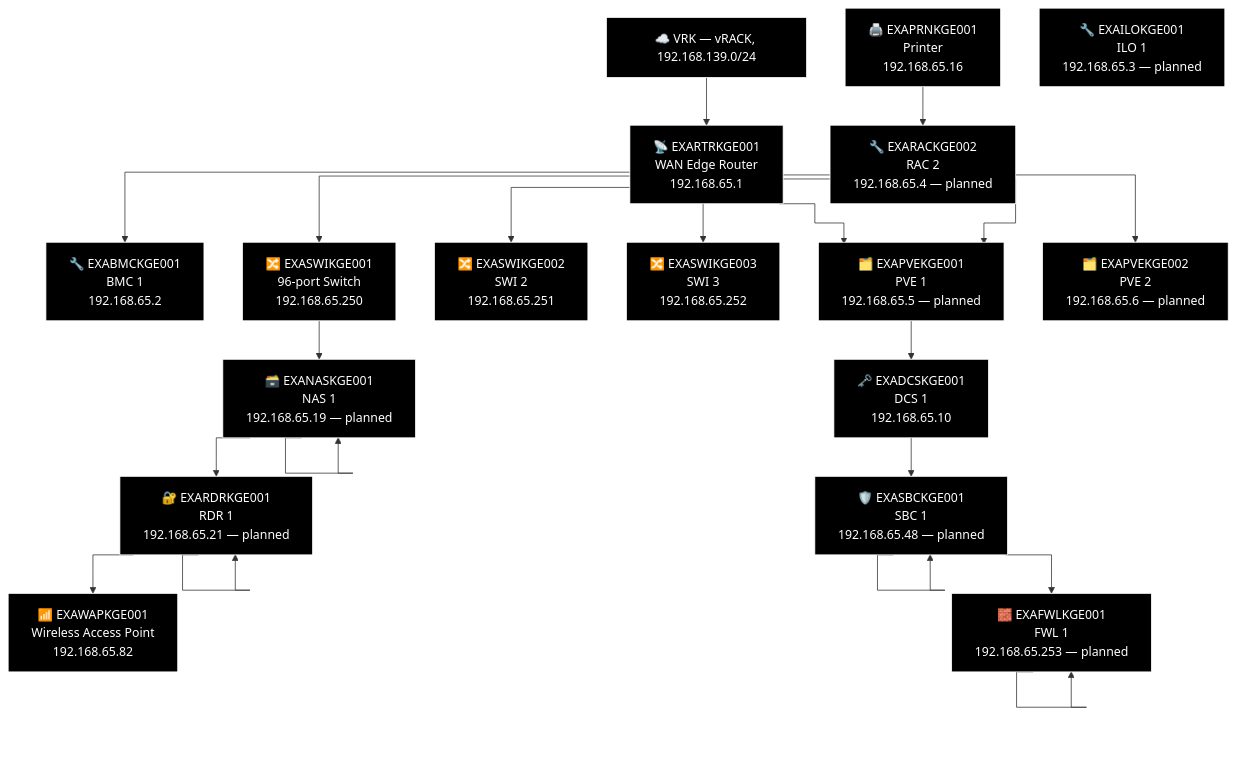
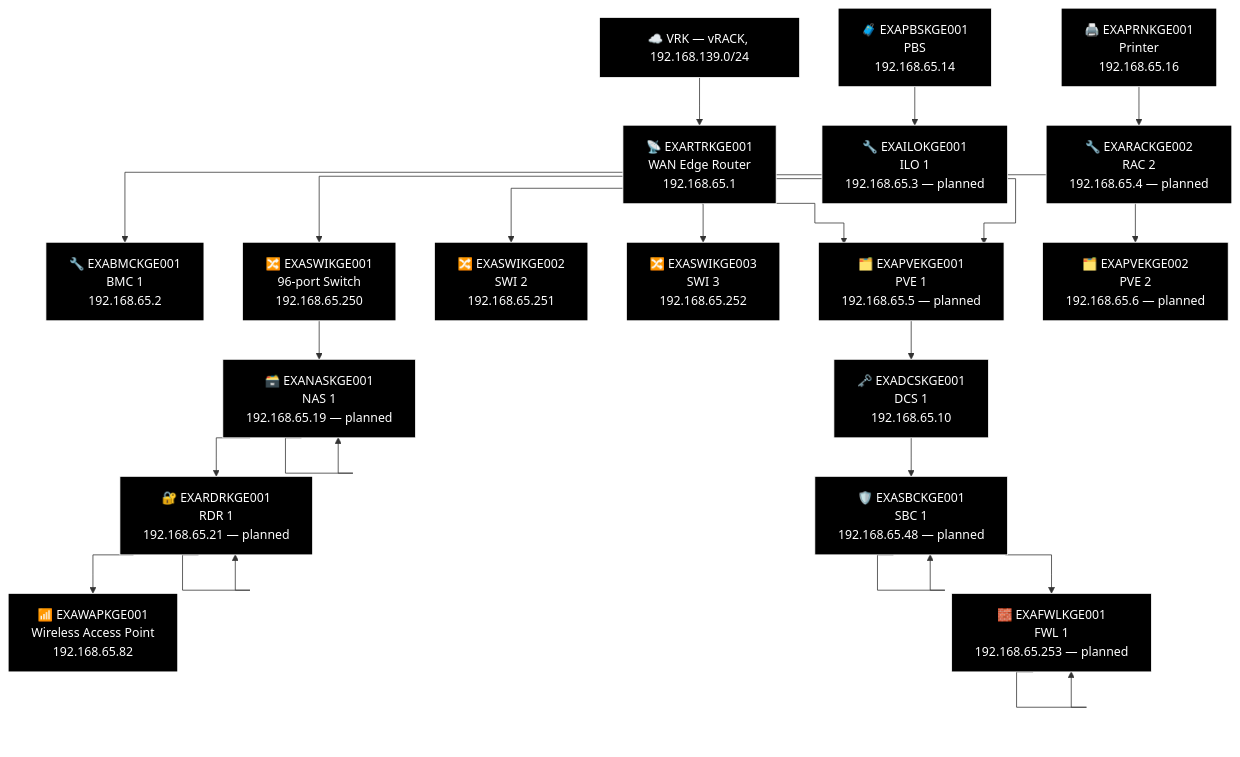
One commit to knightmare2600/example_music_infra changed the eighth of 23 diagrams in docs/network-diagram/danmark.md. Above: the diagram before and after it, drawn with Mermaid. The commit also changed other lines of this file and 14 other files, not shown here.

First line of the commit message:
docs/network-diagram: regenerate, every site was missing its PBS node

````diff
--- a/docs/network-diagram/danmark.md
+++ b/docs/network-diagram/danmark.md
@@ -431,61 +435,64 @@
 ```mermaid
 %% GENERATED:TOPOLOGY:KGE:START
 %%{init: {'flowchart': {'curve': 'stepAfter'}}}%%
 graph TD
     T_VRK["☁️ VRK — vRACK, 192.168.139.0/24"]
     T_RTR["📡 EXARTRKGE001<br/>WAN Edge Router<br/>192.168.65.1"]
     T_VRK --> T_RTR
     T_BMC["🔧 EXABMCKGE001<br/>BMC 1<br/>192.168.65.2"]
     T_RTR --> T_BMC
     T_PVE["🗂️ EXAPVEKGE001<br/>PVE 1<br/>192.168.65.5"]
     T_RTR --> T_PVE
     T_SWI["🔀 EXASWIKGE002<br/>SWI 2<br/>192.168.65.251"]
     T_RTR --> T_SWI
     T_SWI2["🔀 EXASWIKGE003<br/>SWI 3<br/>192.168.65.252"]
     T_RTR --> T_SWI2
     T_SWI3["🔀 EXASWIKGE001<br/>96-port Switch<br/>192.168.65.250"]
     T_RTR --> T_SWI3
     T_PVE["🗂️ EXAPVEKGE001<br/>PVE 1<br/>192.168.65.5 — planned"]
     T_RTR --> T_PVE
     T_PVE2["🗂️ EXAPVEKGE002<br/>PVE 2<br/>192.168.65.6 — planned"]
     T_RTR --> T_PVE2
     T_NAS["🗃️ EXANASKGE001<br/>NAS<br/>192.168.65.19"]
     T_NAS["🗃️ EXANASKGE001<br/>NAS 1<br/>192.168.65.19 — planned"]
     T_RDR["🔐 EXARDRKGE001<br/>RDR<br/>192.168.65.21"]
     T_RDR["🔐 EXARDRKGE001<br/>RDR 1<br/>192.168.65.21 — planned"]
     T_WAP["📶 EXAWAPKGE001<br/>Wireless Access Point<br/>192.168.65.82"]
     T_SWI3 --> T_NAS --> T_NAS --> T_RDR --> T_RDR --> T_WAP
     T_DCS["🗝️ EXADCSKGE001<br/>DCS 1<br/>192.168.65.10"]
     T_SBC["🛡️ EXASBCKGE001<br/>SBC<br/>192.168.65.48"]
     T_SBC["🛡️ EXASBCKGE001<br/>SBC 1<br/>192.168.65.48 — planned"]
     T_FWL["🧱 EXAFWLKGE001<br/>LAN Face<br/>192.168.65.253"]
     T_FWL["🧱 EXAFWLKGE001<br/>FWL 1<br/>192.168.65.253 — planned"]
     T_PVE --> T_DCS --> T_SBC --> T_SBC --> T_FWL --> T_FWL
+    T_PBS["🧳 EXAPBSKGE001<br/>PBS<br/>192.168.65.14"]
     T_PRN["🖨️ EXAPRNKGE001<br/>Printer<br/>192.168.65.16"]
     T_ILO["🔧 EXAILOKGE001<br/>ILO 1<br/>192.168.65.3 — planned"]
     T_RAC["🔧 EXARACKGE002<br/>RAC 2<br/>192.168.65.4 — planned"]
+    T_PBS --> T_ILO
     T_PRN --> T_RAC
     style T_VRK fill:#000000,stroke:#FFFFFF,color:#FFFFFF
     style T_RTR fill:#000000,stroke:#FFFFFF,color:#FFFFFF
     style T_BMC fill:#000000,stroke:#FFFFFF,color:#FFFFFF
     style T_PVE fill:#000000,stroke:#FFFFFF,color:#FFFFFF
     style T_SWI fill:#000000,stroke:#FFFFFF,color:#FFFFFF
     style T_SWI2 fill:#000000,stroke:#FFFFFF,color:#FFFFFF
     style T_SWI3 fill:#000000,stroke:#FFFFFF,color:#FFFFFF
     style T_PVE fill:#000000,stroke:#FFFFFF,color:#FFFFFF
     style T_PVE2 fill:#000000,stroke:#FFFFFF,color:#FFFFFF
     style T_NAS fill:#000000,stroke:#FFFFFF,color:#FFFFFF
     style T_NAS fill:#000000,stroke:#FFFFFF,color:#FFFFFF
     style T_RDR fill:#000000,stroke:#FFFFFF,color:#FFFFFF
     style T_RDR fill:#000000,stroke:#FFFFFF,color:#FFFFFF
     style T_WAP fill:#000000,stroke:#FFFFFF,color:#FFFFFF
     style T_DCS fill:#000000,stroke:#FFFFFF,color:#FFFFFF
     style T_SBC fill:#000000,stroke:#FFFFFF,color:#FFFFFF
     style T_SBC fill:#000000,stroke:#FFFFFF,color:#FFFFFF
     style T_FWL fill:#000000,stroke:#FFFFFF,color:#FFFFFF
     style T_FWL fill:#000000,stroke:#FFFFFF,color:#FFFFFF
+    style T_PBS fill:#000000,stroke:#FFFFFF,color:#FFFFFF
     style T_PRN fill:#000000,stroke:#FFFFFF,color:#FFFFFF
     style T_ILO fill:#000000,stroke:#FFFFFF,color:#FFFFFF
     style T_RAC fill:#000000,stroke:#FFFFFF,color:#FFFFFF
 %% GENERATED:TOPOLOGY:KGE:END
 ```
````
